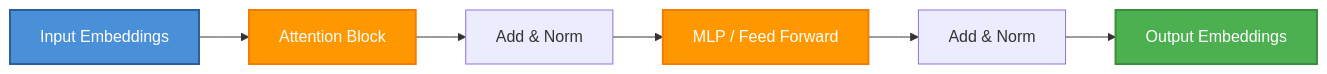
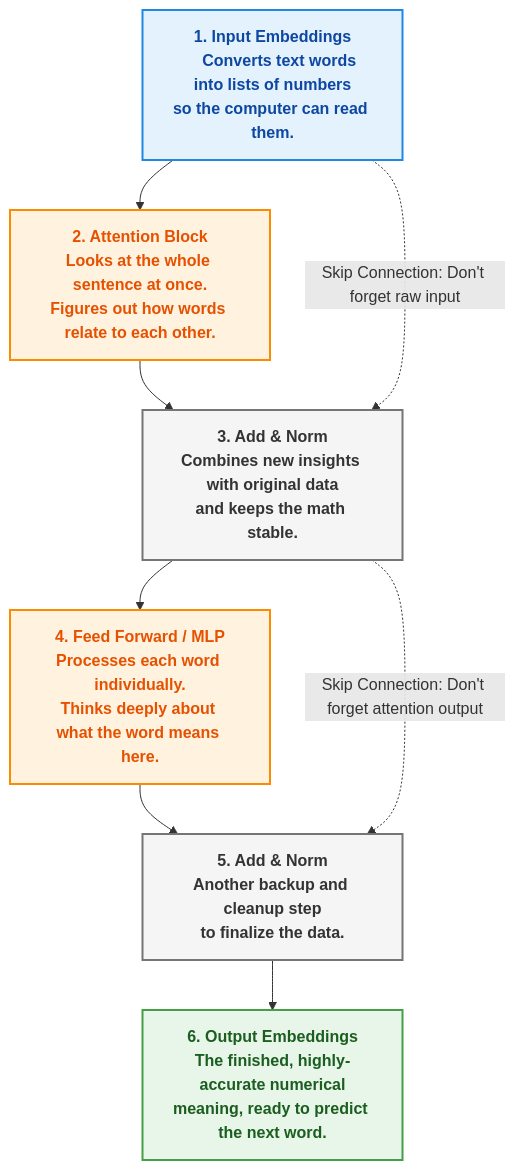
The sixth of 12 diagrams in content/00-neural-networks-basics/00-neural-networks-basics.md (Parv17k/llm-fine-tuning-guide), drawn with Mermaid before and after one commit. The commit also changed other lines of this file and 3 other files, not shown here.

````diff
--- a/content/00-neural-networks-basics/00-neural-networks-basics.md
+++ b/content/00-neural-networks-basics/00-neural-networks-basics.md
@@ -129,13 +209,50 @@
 ```mermaid
-flowchart LR
-    Input[Input Embeddings] --> AttentionBlock[Attention Block]
-    AttentionBlock --> AddNorm[Add & Norm]
-    AddNorm --> MLP[MLP / Feed Forward]
-    MLP --> AddNorm2[Add & Norm]
-    AddNorm2 --> Output[Output Embeddings]
-    
-    style Input fill:#4a90d9,stroke:#2c5f9d,color:#ffffff,stroke-width:2px
-    style AttentionBlock fill:#ff9800,stroke:#f57c00,color:#ffffff,stroke-width:2px
-    style MLP fill:#ff9800,stroke:#f57c00,color:#ffffff,stroke-width:2px
-    style Output fill:#4caf50,stroke:#388e3c,color:#ffffff,stroke-width:2px
+flowchart TD
+%% Nodes with plain-English explanations
+    Input["1. Input Embeddings
+    Converts text words into lists of numbers
+so the computer can read them."]
+
+Attention["2. Attention Block
+Looks at the whole sentence at once.
+Figures out how words relate to each other."]
+
+AddNorm1["3. Add & Norm
+Combines new insights with original data
+and keeps the math stable."]
+
+MLP["4. Feed Forward / MLP
+Processes each word individually.
+Thinks deeply about what the word means here."]
+
+AddNorm2["5. Add & Norm
+Another backup and cleanup step
+to finalize the data."]
+
+Output["6. Output Embeddings
+The finished, highly-accurate numerical
+meaning, ready to predict the next word."]
+
+%% Main Flow Path
+Input --> Attention
+Attention --> AddNorm1
+AddNorm1 --> MLP
+MLP --> AddNorm2
+AddNorm2 --> Output
+
+%% Visual Skip Connections (The 'Add' part)
+Input -.->|"Skip Connection: Don't forget raw input"| AddNorm1
+AddNorm1 -.->|"Skip Connection: Don't forget attention output"| AddNorm2
+
+%% Color Coding Styles
+classDef blue fill:#E3F2FD,stroke:#1E88E5,color:#0D47A1,stroke-width:2px,font-weight:bold
+classDef orange fill:#FFF3E0,stroke:#FB8C00,color:#E65100,stroke-width:2px,font-weight:bold
+classDef gray fill:#F5F5F5,stroke:#757575,color:#333333,stroke-width:2px,font-weight:bold
+classDef green fill:#E8F5E9,stroke:#43A047,color:#1B5E20,stroke-width:2px,font-weight:bold
+
+class Input blue
+class Attention,MLP orange
+class AddNorm1,AddNorm2 gray
+class Output green
+
 ```
````
